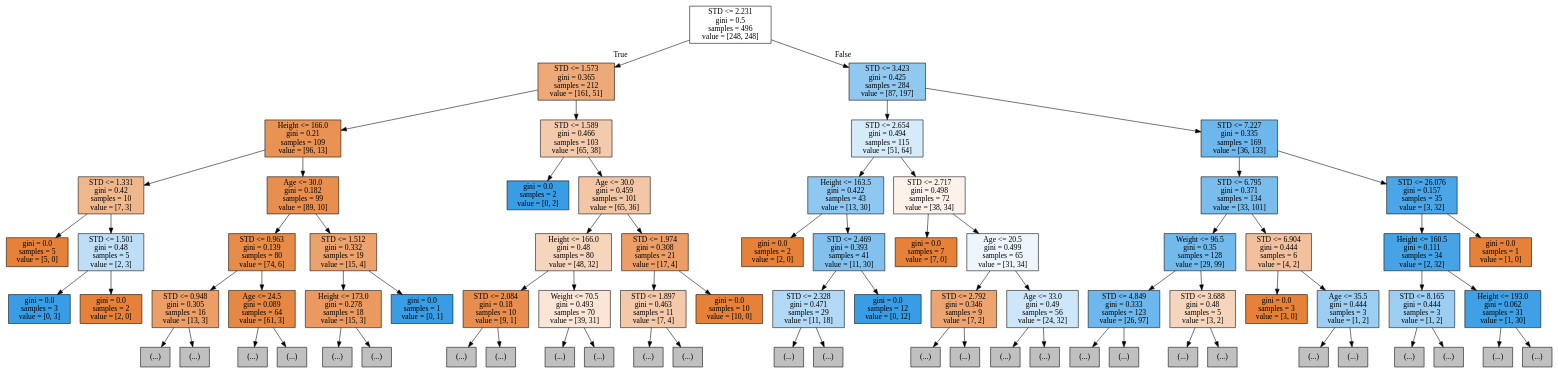
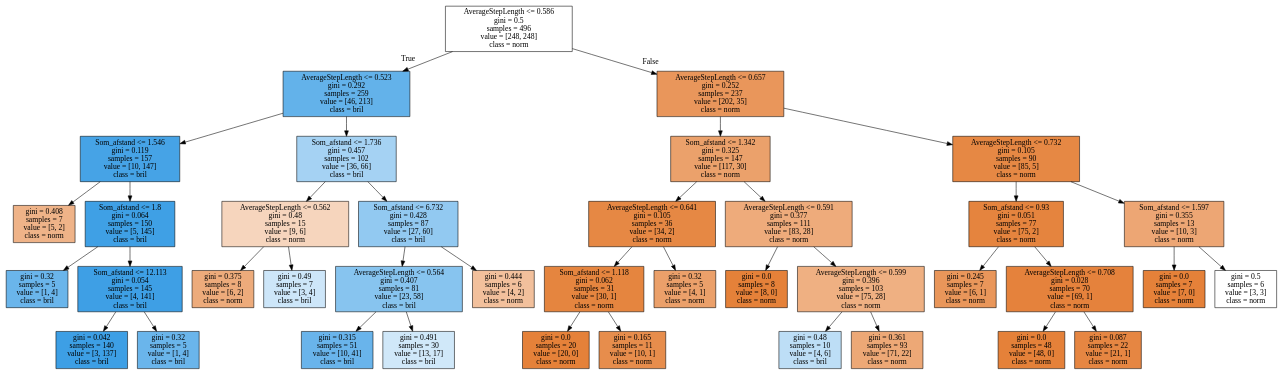
Before and after one commit to VivienvV/fallrisk: the diagram in Machine_learning/tree.dot, drawn with Graphviz. The commit also changed 8 other files, not shown here.

```diff
--- a/Machine_learning/tree.dot
+++ b/Machine_learning/tree.dot
@@ -1,156 +1,80 @@
 digraph Tree {
 node [shape=box, style="filled", color="black"] ;
-0 [label="STD <= 2.231\ngini = 0.5\nsamples = 496\nvalue = [248, 248]", fillcolor="#e5813900"] ;
-1 [label="STD <= 1.573\ngini = 0.365\nsamples = 212\nvalue = [161, 51]", fillcolor="#e58139ae"] ;
+0 [label="AverageStepLength <= 0.586\ngini = 0.5\nsamples = 496\nvalue = [248, 248]\nclass = norm", fillcolor="#e5813900"] ;
+1 [label="AverageStepLength <= 0.523\ngini = 0.292\nsamples = 259\nvalue = [46, 213]\nclass = bril", fillcolor="#399de5c8"] ;
 0 -> 1 [labeldistance=2.5, labelangle=45, headlabel="True"] ;
-2 [label="Height <= 166.0\ngini = 0.21\nsamples = 109\nvalue = [96, 13]", fillcolor="#e58139dc"] ;
+2 [label="Som_afstand <= 1.546\ngini = 0.119\nsamples = 157\nvalue = [10, 147]\nclass = bril", fillcolor="#399de5ee"] ;
 1 -> 2 ;
-3 [label="STD <= 1.331\ngini = 0.42\nsamples = 10\nvalue = [7, 3]", fillcolor="#e5813992"] ;
+3 [label="gini = 0.408\nsamples = 7\nvalue = [5, 2]\nclass = norm", fillcolor="#e5813999"] ;
 2 -> 3 ;
-4 [label="gini = 0.0\nsamples = 5\nvalue = [5, 0]", fillcolor="#e58139ff"] ;
-3 -> 4 ;
-5 [label="STD <= 1.501\ngini = 0.48\nsamples = 5\nvalue = [2, 3]", fillcolor="#399de555"] ;
-3 -> 5 ;
-6 [label="gini = 0.0\nsamples = 3\nvalue = [0, 3]", fillcolor="#399de5ff"] ;
-5 -> 6 ;
-7 [label="gini = 0.0\nsamples = 2\nvalue = [2, 0]", fillcolor="#e58139ff"] ;
-5 -> 7 ;
-8 [label="Age <= 30.0\ngini = 0.182\nsamples = 99\nvalue = [89, 10]", fillcolor="#e58139e2"] ;
-2 -> 8 ;
-9 [label="STD <= 0.963\ngini = 0.139\nsamples = 80\nvalue = [74, 6]", fillcolor="#e58139ea"] ;
-8 -> 9 ;
-10 [label="STD <= 0.948\ngini = 0.305\nsamples = 16\nvalue = [13, 3]", fillcolor="#e58139c4"] ;
+4 [label="Som_afstand <= 1.8\ngini = 0.064\nsamples = 150\nvalue = [5, 145]\nclass = bril", fillcolor="#399de5f6"] ;
+2 -> 4 ;
+5 [label="gini = 0.32\nsamples = 5\nvalue = [1, 4]\nclass = bril", fillcolor="#399de5bf"] ;
+4 -> 5 ;
+6 [label="Som_afstand <= 12.113\ngini = 0.054\nsamples = 145\nvalue = [4, 141]\nclass = bril", fillcolor="#399de5f8"] ;
+4 -> 6 ;
+7 [label="gini = 0.042\nsamples = 140\nvalue = [3, 137]\nclass = bril", fillcolor="#399de5f9"] ;
+6 -> 7 ;
+8 [label="gini = 0.32\nsamples = 5\nvalue = [1, 4]\nclass = bril", fillcolor="#399de5bf"] ;
+6 -> 8 ;
+9 [label="Som_afstand <= 1.736\ngini = 0.457\nsamples = 102\nvalue = [36, 66]\nclass = bril", fillcolor="#399de574"] ;
+1 -> 9 ;
+10 [label="AverageStepLength <= 0.562\ngini = 0.48\nsamples = 15\nvalue = [9, 6]\nclass = norm", fillcolor="#e5813955"] ;
 9 -> 10 ;
-11 [label="(...)", fillcolor="#C0C0C0"] ;
+11 [label="gini = 0.375\nsamples = 8\nvalue = [6, 2]\nclass = norm", fillcolor="#e58139aa"] ;
 10 -> 11 ;
-18 [label="(...)", fillcolor="#C0C0C0"] ;
-10 -> 18 ;
-19 [label="Age <= 24.5\ngini = 0.089\nsamples = 64\nvalue = [61, 3]", fillcolor="#e58139f2"] ;
-9 -> 19 ;
-20 [label="(...)", fillcolor="#C0C0C0"] ;
+12 [label="gini = 0.49\nsamples = 7\nvalue = [3, 4]\nclass = bril", fillcolor="#399de540"] ;
+10 -> 12 ;
+13 [label="Som_afstand <= 6.732\ngini = 0.428\nsamples = 87\nvalue = [27, 60]\nclass = bril", fillcolor="#399de58c"] ;
+9 -> 13 ;
+14 [label="AverageStepLength <= 0.564\ngini = 0.407\nsamples = 81\nvalue = [23, 58]\nclass = bril", fillcolor="#399de59a"] ;
+13 -> 14 ;
+15 [label="gini = 0.315\nsamples = 51\nvalue = [10, 41]\nclass = bril", fillcolor="#399de5c1"] ;
+14 -> 15 ;
+16 [label="gini = 0.491\nsamples = 30\nvalue = [13, 17]\nclass = bril", fillcolor="#399de53c"] ;
+14 -> 16 ;
+17 [label="gini = 0.444\nsamples = 6\nvalue = [4, 2]\nclass = norm", fillcolor="#e581397f"] ;
+13 -> 17 ;
+18 [label="AverageStepLength <= 0.657\ngini = 0.252\nsamples = 237\nvalue = [202, 35]\nclass = norm", fillcolor="#e58139d3"] ;
+0 -> 18 [labeldistance=2.5, labelangle=-45, headlabel="False"] ;
+19 [label="Som_afstand <= 1.342\ngini = 0.325\nsamples = 147\nvalue = [117, 30]\nclass = norm", fillcolor="#e58139be"] ;
+18 -> 19 ;
+20 [label="AverageStepLength <= 0.641\ngini = 0.105\nsamples = 36\nvalue = [34, 2]\nclass = norm", fillcolor="#e58139f0"] ;
 19 -> 20 ;
-35 [label="(...)", fillcolor="#C0C0C0"] ;
-19 -> 35 ;
-36 [label="STD <= 1.512\ngini = 0.332\nsamples = 19\nvalue = [15, 4]", fillcolor="#e58139bb"] ;
-8 -> 36 ;
-37 [label="Height <= 173.0\ngini = 0.278\nsamples = 18\nvalue = [15, 3]", fillcolor="#e58139cc"] ;
+21 [label="Som_afstand <= 1.118\ngini = 0.062\nsamples = 31\nvalue = [30, 1]\nclass = norm", fillcolor="#e58139f6"] ;
+20 -> 21 ;
+22 [label="gini = 0.0\nsamples = 20\nvalue = [20, 0]\nclass = norm", fillcolor="#e58139ff"] ;
+21 -> 22 ;
+23 [label="gini = 0.165\nsamples = 11\nvalue = [10, 1]\nclass = norm", fillcolor="#e58139e6"] ;
+21 -> 23 ;
+24 [label="gini = 0.32\nsamples = 5\nvalue = [4, 1]\nclass = norm", fillcolor="#e58139bf"] ;
+20 -> 24 ;
+25 [label="AverageStepLength <= 0.591\ngini = 0.377\nsamples = 111\nvalue = [83, 28]\nclass = norm", fillcolor="#e58139a9"] ;
+19 -> 25 ;
+26 [label="gini = 0.0\nsamples = 8\nvalue = [8, 0]\nclass = norm", fillcolor="#e58139ff"] ;
+25 -> 26 ;
+27 [label="AverageStepLength <= 0.599\ngini = 0.396\nsamples = 103\nvalue = [75, 28]\nclass = norm", fillcolor="#e58139a0"] ;
+25 -> 27 ;
+28 [label="gini = 0.48\nsamples = 10\nvalue = [4, 6]\nclass = bril", fillcolor="#399de555"] ;
+27 -> 28 ;
+29 [label="gini = 0.361\nsamples = 93\nvalue = [71, 22]\nclass = norm", fillcolor="#e58139b0"] ;
+27 -> 29 ;
+30 [label="AverageStepLength <= 0.732\ngini = 0.105\nsamples = 90\nvalue = [85, 5]\nclass = norm", fillcolor="#e58139f0"] ;
+18 -> 30 ;
+31 [label="Som_afstand <= 0.93\ngini = 0.051\nsamples = 77\nvalue = [75, 2]\nclass = norm", fillcolor="#e58139f8"] ;
+30 -> 31 ;
+32 [label="gini = 0.245\nsamples = 7\nvalue = [6, 1]\nclass = norm", fillcolor="#e58139d4"] ;
+31 -> 32 ;
+33 [label="AverageStepLength <= 0.708\ngini = 0.028\nsamples = 70\nvalue = [69, 1]\nclass = norm", fillcolor="#e58139fb"] ;
+31 -> 33 ;
+34 [label="gini = 0.0\nsamples = 48\nvalue = [48, 0]\nclass = norm", fillcolor="#e58139ff"] ;
+33 -> 34 ;
+35 [label="gini = 0.087\nsamples = 22\nvalue = [21, 1]\nclass = norm", fillcolor="#e58139f3"] ;
+33 -> 35 ;
+36 [label="Som_afstand <= 1.597\ngini = 0.355\nsamples = 13\nvalue = [10, 3]\nclass = norm", fillcolor="#e58139b3"] ;
+30 -> 36 ;
+37 [label="gini = 0.0\nsamples = 7\nvalue = [7, 0]\nclass = norm", fillcolor="#e58139ff"] ;
 36 -> 37 ;
-38 [label="(...)", fillcolor="#C0C0C0"] ;
-37 -> 38 ;
-47 [label="(...)", fillcolor="#C0C0C0"] ;
-37 -> 47 ;
-48 [label="gini = 0.0\nsamples = 1\nvalue = [0, 1]", fillcolor="#399de5ff"] ;
-36 -> 48 ;
-49 [label="STD <= 1.589\ngini = 0.466\nsamples = 103\nvalue = [65, 38]", fillcolor="#e581396a"] ;
-1 -> 49 ;
-50 [label="gini = 0.0\nsamples = 2\nvalue = [0, 2]", fillcolor="#399de5ff"] ;
-49 -> 50 ;
-51 [label="Age <= 30.0\ngini = 0.459\nsamples = 101\nvalue = [65, 36]", fillcolor="#e5813972"] ;
-49 -> 51 ;
-52 [label="Height <= 166.0\ngini = 0.48\nsamples = 80\nvalue = [48, 32]", fillcolor="#e5813955"] ;
-51 -> 52 ;
-53 [label="STD <= 2.084\ngini = 0.18\nsamples = 10\nvalue = [9, 1]", fillcolor="#e58139e3"] ;
-52 -> 53 ;
-54 [label="(...)", fillcolor="#C0C0C0"] ;
-53 -> 54 ;
-55 [label="(...)", fillcolor="#C0C0C0"] ;
-53 -> 55 ;
-58 [label="Weight <= 70.5\ngini = 0.493\nsamples = 70\nvalue = [39, 31]", fillcolor="#e5813934"] ;
-52 -> 58 ;
-59 [label="(...)", fillcolor="#C0C0C0"] ;
-58 -> 59 ;
-88 [label="(...)", fillcolor="#C0C0C0"] ;
-58 -> 88 ;
-121 [label="STD <= 1.974\ngini = 0.308\nsamples = 21\nvalue = [17, 4]", fillcolor="#e58139c3"] ;
-51 -> 121 ;
-122 [label="STD <= 1.897\ngini = 0.463\nsamples = 11\nvalue = [7, 4]", fillcolor="#e581396d"] ;
-121 -> 122 ;
-123 [label="(...)", fillcolor="#C0C0C0"] ;
-122 -> 123 ;
-126 [label="(...)", fillcolor="#C0C0C0"] ;
-122 -> 126 ;
-131 [label="gini = 0.0\nsamples = 10\nvalue = [10, 0]", fillcolor="#e58139ff"] ;
-121 -> 131 ;
-132 [label="STD <= 3.423\ngini = 0.425\nsamples = 284\nvalue = [87, 197]", fillcolor="#399de58e"] ;
-0 -> 132 [labeldistance=2.5, labelangle=-45, headlabel="False"] ;
-133 [label="STD <= 2.654\ngini = 0.494\nsamples = 115\nvalue = [51, 64]", fillcolor="#399de534"] ;
-132 -> 133 ;
-134 [label="Height <= 163.5\ngini = 0.422\nsamples = 43\nvalue = [13, 30]", fillcolor="#399de591"] ;
-133 -> 134 ;
-135 [label="gini = 0.0\nsamples = 2\nvalue = [2, 0]", fillcolor="#e58139ff"] ;
-134 -> 135 ;
-136 [label="STD <= 2.469\ngini = 0.393\nsamples = 41\nvalue = [11, 30]", fillcolor="#399de5a1"] ;
-134 -> 136 ;
-137 [label="STD <= 2.328\ngini = 0.471\nsamples = 29\nvalue = [11, 18]", fillcolor="#399de563"] ;
-136 -> 137 ;
-138 [label="(...)", fillcolor="#C0C0C0"] ;
-137 -> 138 ;
-145 [label="(...)", fillcolor="#C0C0C0"] ;
-137 -> 145 ;
-158 [label="gini = 0.0\nsamples = 12\nvalue = [0, 12]", fillcolor="#399de5ff"] ;
-136 -> 158 ;
-159 [label="STD <= 2.717\ngini = 0.498\nsamples = 72\nvalue = [38, 34]", fillcolor="#e581391b"] ;
-133 -> 159 ;
-160 [label="gini = 0.0\nsamples = 7\nvalue = [7, 0]", fillcolor="#e58139ff"] ;
-159 -> 160 ;
-161 [label="Age <= 20.5\ngini = 0.499\nsamples = 65\nvalue = [31, 34]", fillcolor="#399de517"] ;
-159 -> 161 ;
-162 [label="STD <= 2.792\ngini = 0.346\nsamples = 9\nvalue = [7, 2]", fillcolor="#e58139b6"] ;
-161 -> 162 ;
-163 [label="(...)", fillcolor="#C0C0C0"] ;
-162 -> 163 ;
-164 [label="(...)", fillcolor="#C0C0C0"] ;
-162 -> 164 ;
-169 [label="Age <= 33.0\ngini = 0.49\nsamples = 56\nvalue = [24, 32]", fillcolor="#399de540"] ;
-161 -> 169 ;
-170 [label="(...)", fillcolor="#C0C0C0"] ;
-169 -> 170 ;
-207 [label="(...)", fillcolor="#C0C0C0"] ;
-169 -> 207 ;
-216 [label="STD <= 7.227\ngini = 0.335\nsamples = 169\nvalue = [36, 133]", fillcolor="#399de5ba"] ;
-132 -> 216 ;
-217 [label="STD <= 6.795\ngini = 0.371\nsamples = 134\nvalue = [33, 101]", fillcolor="#399de5ac"] ;
-216 -> 217 ;
-218 [label="Weight <= 96.5\ngini = 0.35\nsamples = 128\nvalue = [29, 99]", fillcolor="#399de5b4"] ;
-217 -> 218 ;
-219 [label="STD <= 4.849\ngini = 0.333\nsamples = 123\nvalue = [26, 97]", fillcolor="#399de5bb"] ;
-218 -> 219 ;
-220 [label="(...)", fillcolor="#C0C0C0"] ;
-219 -> 220 ;
-257 [label="(...)", fillcolor="#C0C0C0"] ;
-219 -> 257 ;
-270 [label="STD <= 3.688\ngini = 0.48\nsamples = 5\nvalue = [3, 2]", fillcolor="#e5813955"] ;
-218 -> 270 ;
-271 [label="(...)", fillcolor="#C0C0C0"] ;
-270 -> 271 ;
-272 [label="(...)", fillcolor="#C0C0C0"] ;
-270 -> 272 ;
-277 [label="STD <= 6.904\ngini = 0.444\nsamples = 6\nvalue = [4, 2]", fillcolor="#e581397f"] ;
-217 -> 277 ;
-278 [label="gini = 0.0\nsamples = 3\nvalue = [3, 0]", fillcolor="#e58139ff"] ;
-277 -> 278 ;
-279 [label="Age <= 35.5\ngini = 0.444\nsamples = 3\nvalue = [1, 2]", fillcolor="#399de57f"] ;
-277 -> 279 ;
-280 [label="(...)", fillcolor="#C0C0C0"] ;
-279 -> 280 ;
-281 [label="(...)", fillcolor="#C0C0C0"] ;
-279 -> 281 ;
-282 [label="STD <= 26.076\ngini = 0.157\nsamples = 35\nvalue = [3, 32]", fillcolor="#399de5e7"] ;
-216 -> 282 ;
-283 [label="Height <= 160.5\ngini = 0.111\nsamples = 34\nvalue = [2, 32]", fillcolor="#399de5ef"] ;
-282 -> 283 ;
-284 [label="STD <= 8.165\ngini = 0.444\nsamples = 3\nvalue = [1, 2]", fillcolor="#399de57f"] ;
-283 -> 284 ;
-285 [label="(...)", fillcolor="#C0C0C0"] ;
-284 -> 285 ;
-286 [label="(...)", fillcolor="#C0C0C0"] ;
-284 -> 286 ;
-287 [label="Height <= 193.0\ngini = 0.062\nsamples = 31\nvalue = [1, 30]", fillcolor="#399de5f6"] ;
-283 -> 287 ;
-288 [label="(...)", fillcolor="#C0C0C0"] ;
-287 -> 288 ;
-289 [label="(...)", fillcolor="#C0C0C0"] ;
-287 -> 289 ;
-292 [label="gini = 0.0\nsamples = 1\nvalue = [1, 0]", fillcolor="#e58139ff"] ;
-282 -> 292 ;
+38 [label="gini = 0.5\nsamples = 6\nvalue = [3, 3]\nclass = norm", fillcolor="#e5813900"] ;
+36 -> 38 ;
 }
```
